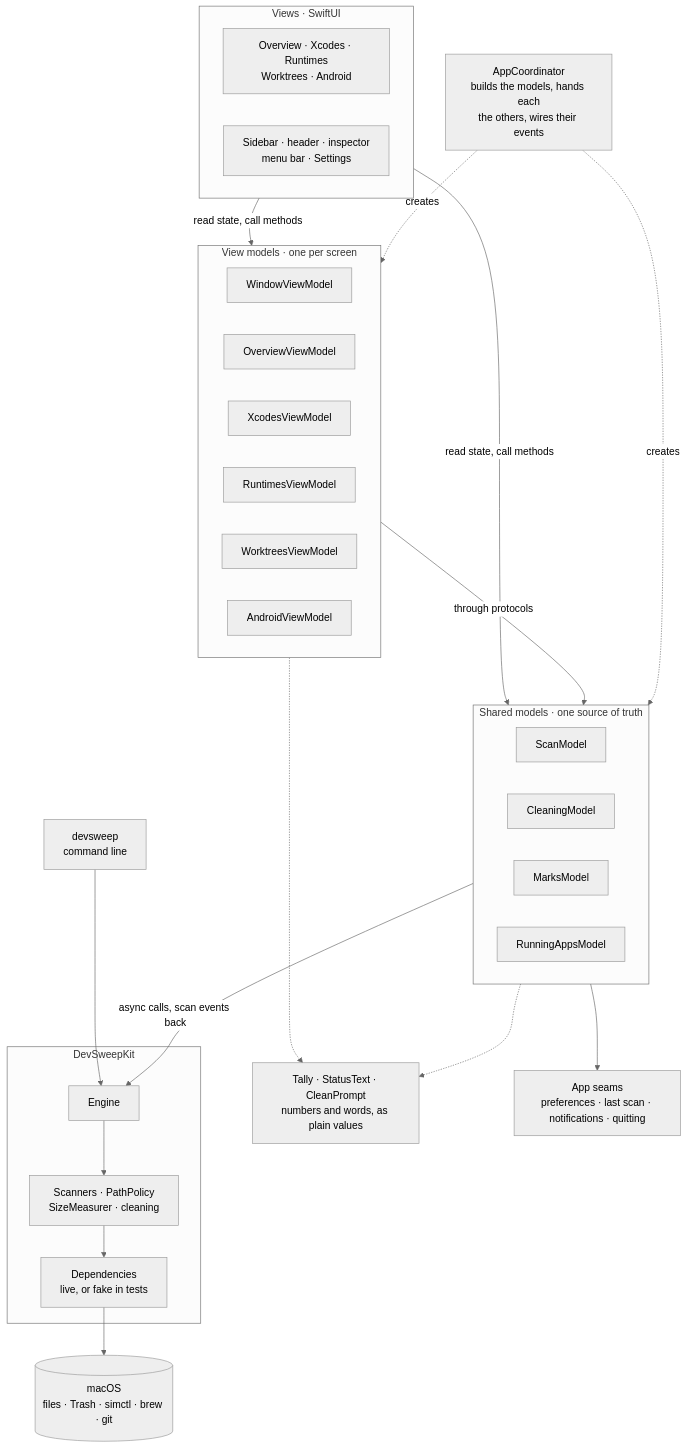
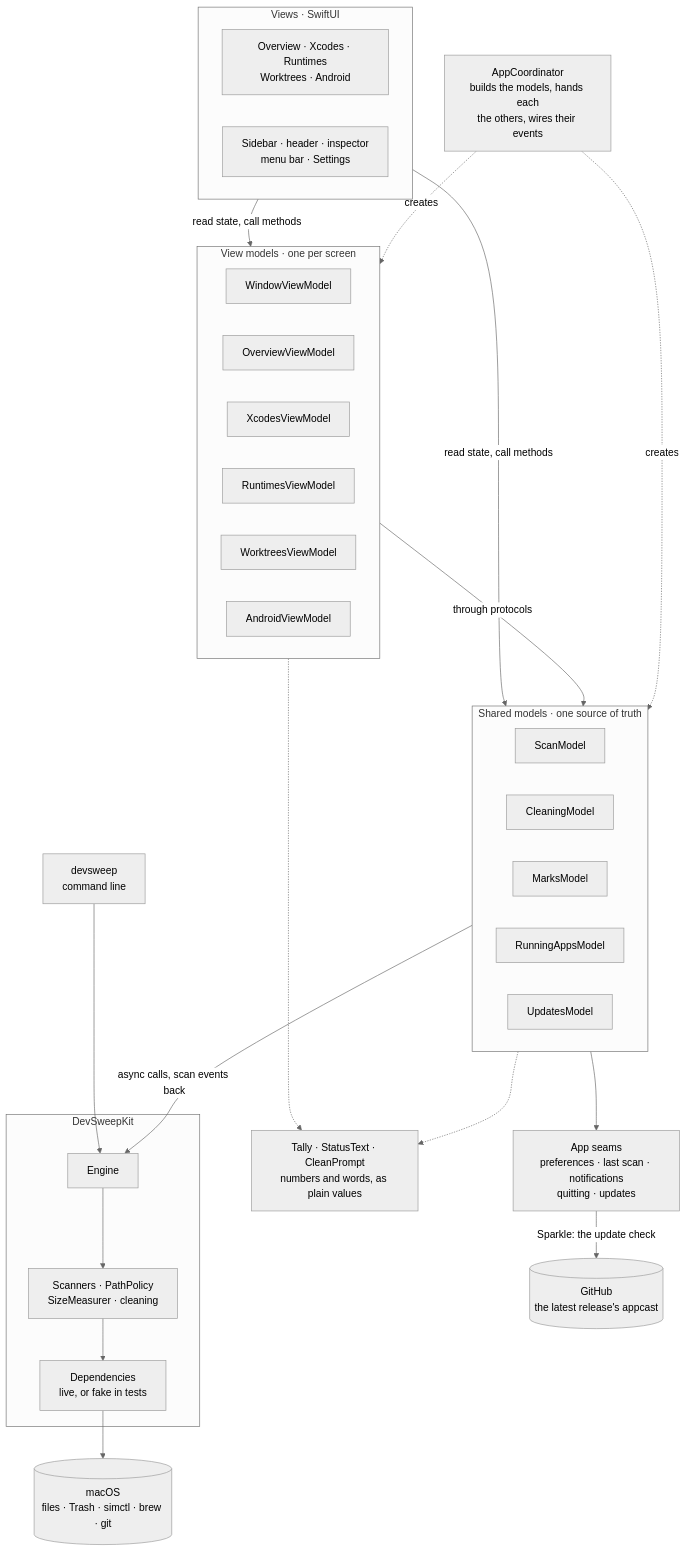
Before and after one commit to JaviLorbada/devsweep: the diagram in README.md, drawn with Mermaid (neutral theme). The commit also changed other lines of this file and 14 other files, not shown here.

First line of the commit message:
Check for updates from the app menu and Settings

````diff
--- a/README.md
+++ b/README.md
@@ -217,52 +225,55 @@
 ```mermaid
 flowchart TB
   subgraph Views["Views · SwiftUI"]
     direction LR
     Screens["Overview · Xcodes · Runtimes<br/>Worktrees · Android"]
     Chrome["Sidebar · header · inspector<br/>menu bar · Settings"]
   end
 
   subgraph ViewModels["View models · one per screen"]
     direction LR
     WindowVM[WindowViewModel]
     OverviewVM[OverviewViewModel]
     XcodesVM[XcodesViewModel]
     RuntimesVM[RuntimesViewModel]
     WorktreesVM[WorktreesViewModel]
     AndroidVM[AndroidViewModel]
   end
 
   subgraph Models["Shared models · one source of truth"]
     direction LR
     Scan[ScanModel]
     Cleaning[CleaningModel]
     Marks[MarksModel]
     Apps[RunningAppsModel]
+    Updates[UpdatesModel]
   end
 
   subgraph Kit["DevSweepKit"]
     Engine
     Rules["Scanners · PathPolicy<br/>SizeMeasurer · cleaning"]
     Deps["Dependencies<br/>live, or fake in tests"]
   end
 
   Coordinator["AppCoordinator<br/>builds the models, hands each<br/>the others, wires their events"]
   Values["Tally · StatusText · CleanPrompt<br/>numbers and words, as plain values"]
-  Seams["App seams<br/>preferences · last scan · notifications · quitting"]
+  Seams["App seams<br/>preferences · last scan · notifications<br/>quitting · updates"]
   CLI["devsweep<br/>command line"]
   Mac[("macOS<br/>files · Trash · simctl · brew · git")]
+  GitHub[("GitHub<br/>the latest release's appcast")]
 
   Views -->|"read state, call methods"| ViewModels
   Views -->|"read state, call methods"| Models
   ViewModels -->|"through protocols"| Models
   ViewModels -.-> Values
   Models -.-> Values
   Models -->|"async calls, scan events back"| Engine
   Models --> Seams
+  Seams -->|"Sparkle: the update check"| GitHub
   CLI --> Engine
   Engine --> Rules
   Rules --> Deps
   Deps --> Mac
   Coordinator -.->|creates| ViewModels
   Coordinator -.->|creates| Models
 ```
````
